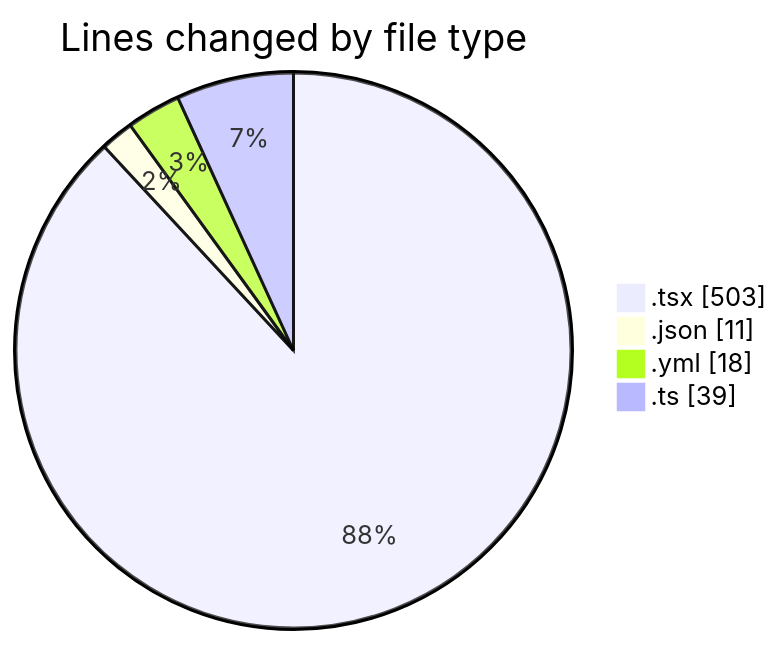
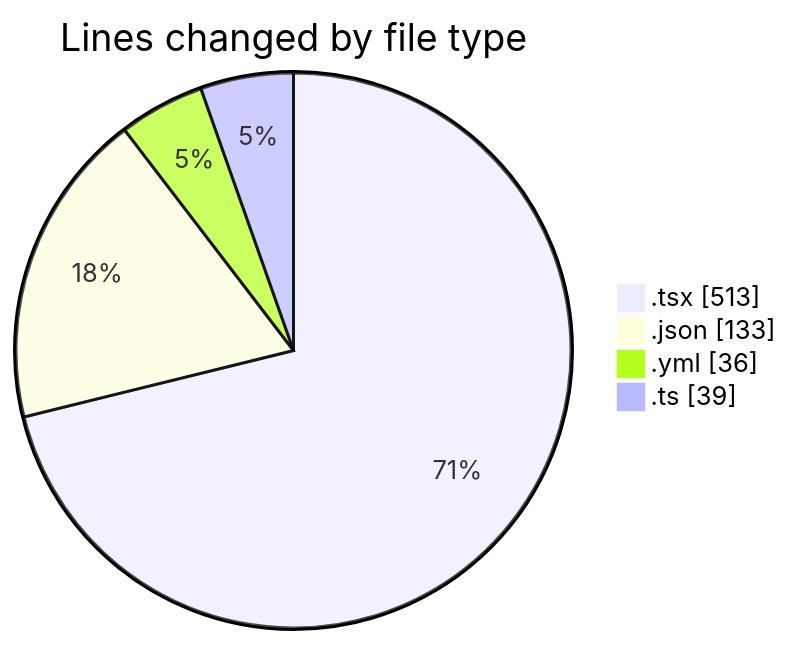
One commit to julien-gomy/code-tracking changed the first of 2 diagrams in 2025-11-27/eventscop-frontend-guide__workspace_/README.md. Above: the diagram before and after it, drawn with Mermaid. The commit also changed other lines of this file and 1 other file, not shown here.

````diff
--- a/2025-11-27/eventscop-frontend-guide__workspace_/README.md
+++ b/2025-11-27/eventscop-frontend-guide__workspace_/README.md
@@ -29,8 +30,8 @@
 ```mermaid
 pie showData
 title Lines changed by file type
-".tsx" : 503
-".json" : 11
-".yml" : 18
+".tsx" : 513
+".json" : 133
+".yml" : 36
 ".ts" : 39
 ```
````
